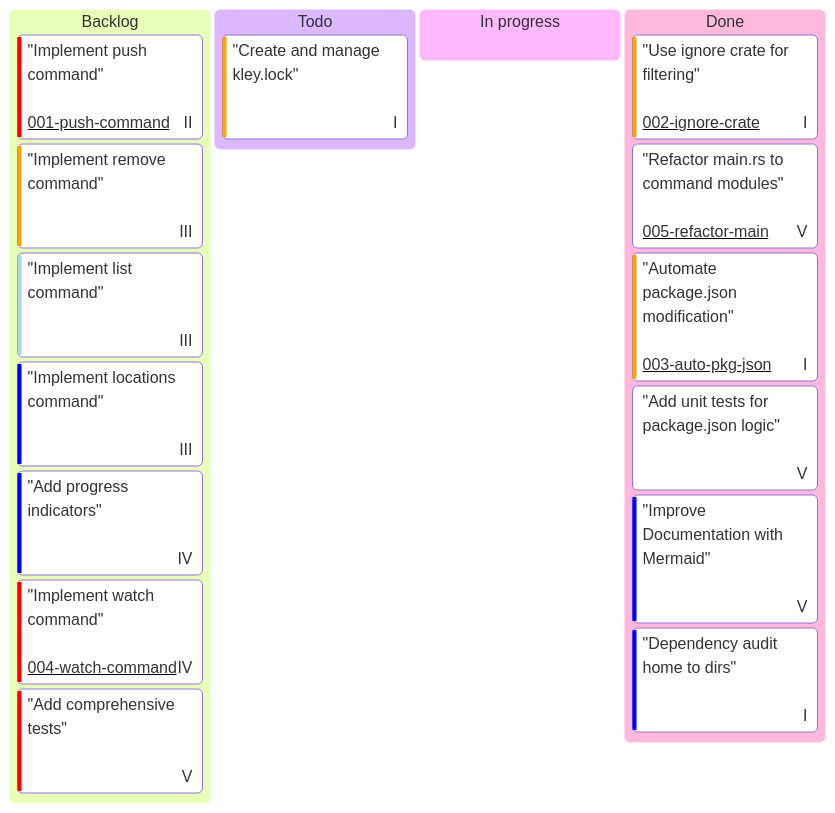
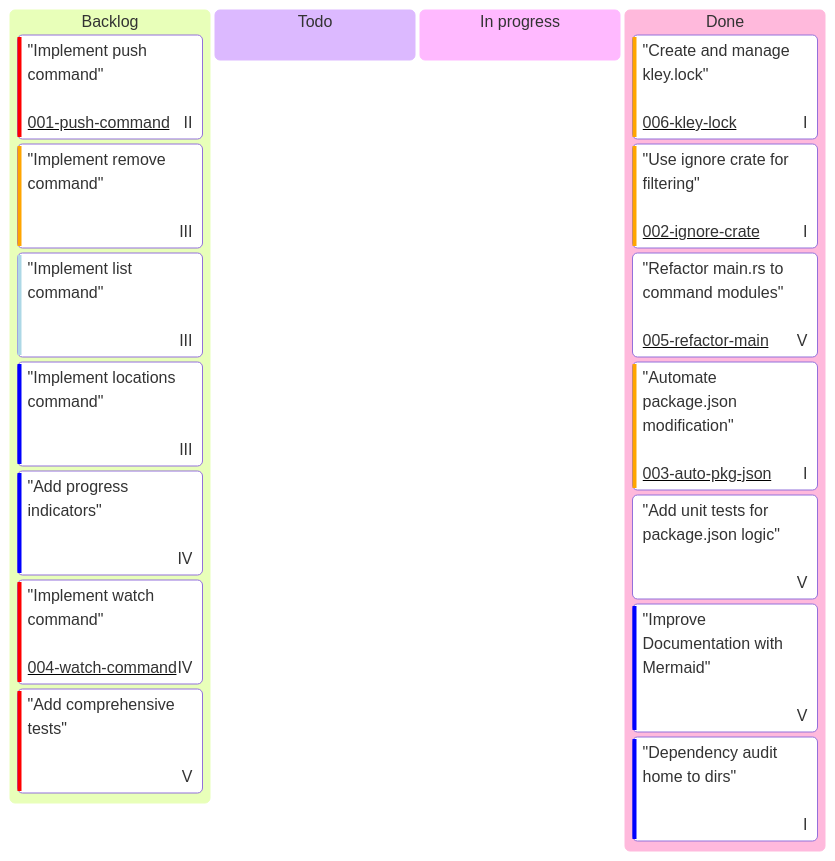
One commit to sumbad/kley changed the diagram in docs/KANBAN.md. Above: the diagram before and after it, drawn with Mermaid. The commit also changed 4 other files, not shown here.

Commit message:
feat: implement kley.lock creation in add command

````diff
--- a/docs/KANBAN.md
+++ b/docs/KANBAN.md
@@ -21,35 +21,35 @@
 ```mermaid
 ---
 config:
   kanban:
     ticketBaseUrl: 'https://github.com/sumbad/kley/tree/master/docs/tickets/#TICKET#.md'
     
     ### Legend
     # assigned - used for epics, has an epic name (epics/#EPIC#.md)
     # priority - used for complexity
     # ticket - used for a ticket file name (tickets/#TICKET#.md)
 ---
 
 kanban
     Backlog
         "Implement push command"<br/><br/>@{ assigned: II, priority: 'Very High', ticket: '001-push-command' }
         "Implement remove command"<br/><br/>@{ assigned: III, priority: 'High' }
         "Implement list command"<br/><br/>@{ assigned: III, priority: 'Very Low' }
         "Implement locations command"<br/><br/>@{ assigned: III, priority: 'Low' }
         "Add progress indicators"<br/><br/>@{ assigned: IV, priority: 'Low' }
         "Implement watch command"<br/><br/>@{ assigned: IV, priority: 'Very High', ticket: '004-watch-command' }
         "Add comprehensive tests"<br/><br/>@{ assigned: V, priority: 'Very High' }
 
     Todo
-        "Create and manage kley.lock"<br/><br/>@{ assigned: I, priority: 'High' }
 
     [In progress]
 
     Done
+        "Create and manage kley.lock"<br/><br/>@{ assigned: I, priority: 'High', ticket: '006-kley-lock' }
         "Use ignore crate for filtering"<br/><br/>@{ assigned: I, priority: 'High', ticket: '002-ignore-crate' }
         "Refactor main.rs to command modules"<br/><br/>@{ assigned: V, priority: 'Medium', ticket: '005-refactor-main' }
         "Automate package.json modification"<br/><br/>@{ assigned: I, priority: 'High', ticket: '003-auto-pkg-json' }
         "Add unit tests for package.json logic"<br/><br/>@{ assigned: V, priority: 'Medium' }
         "Improve Documentation with Mermaid"<br/><br/>@{ assigned: V, priority: 'Low' }
         "Dependency audit home to dirs"<br/><br/>@{ assigned: I, priority: 'Low' }
 ```
````
